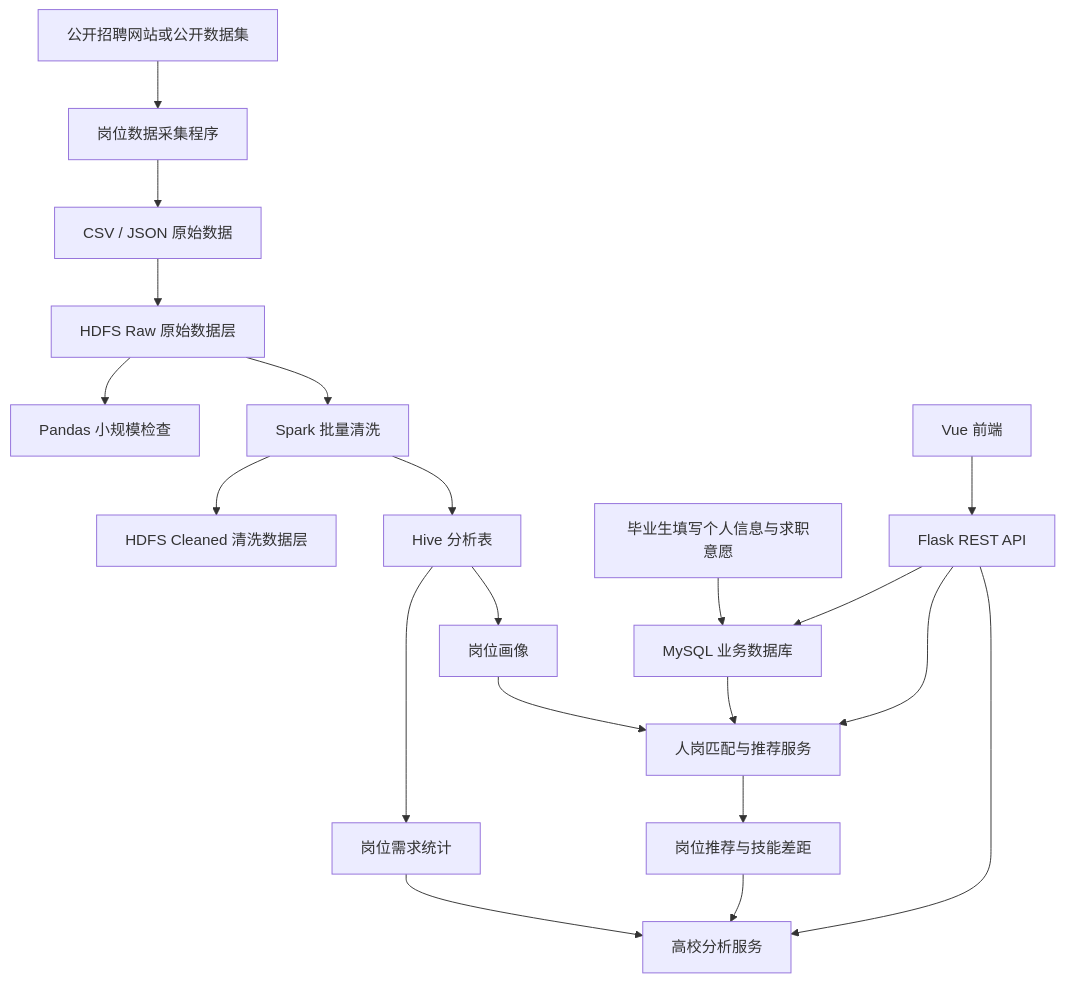
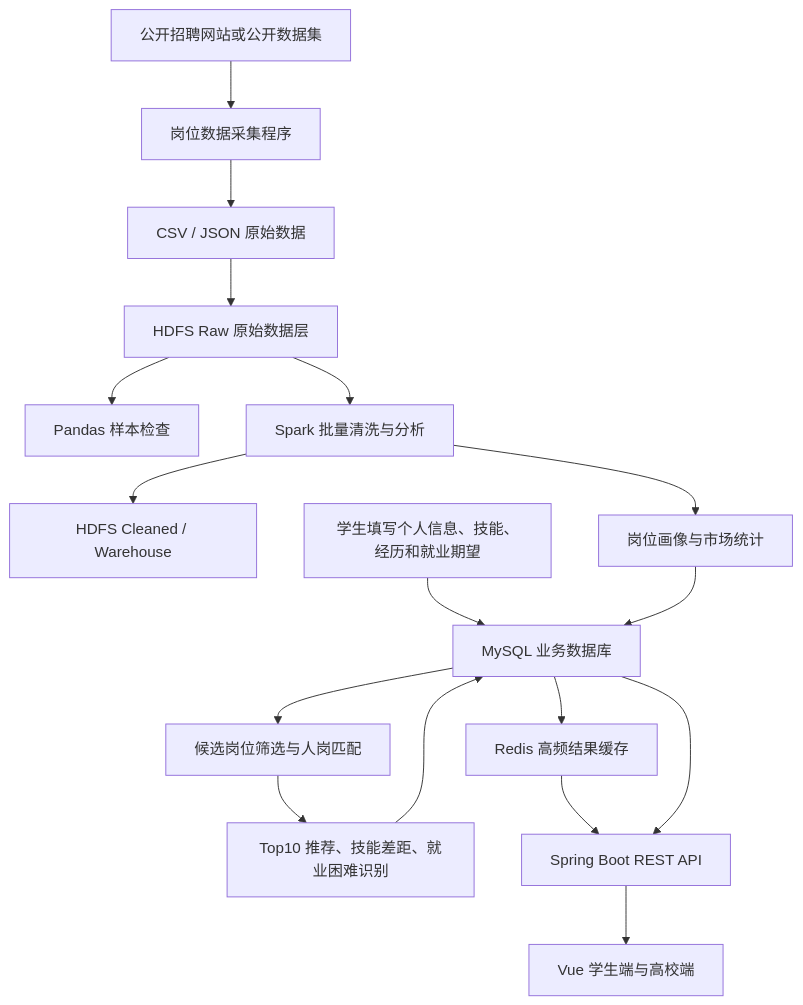
Before and after one commit to NIHILITY-cool/Spark-employment-platform: the first of 2 diagrams in plan.md, drawn with Mermaid. The commit also changed other lines of this file and 144 other files, not shown here.

````diff
--- a/plan.md
+++ b/plan.md
@@ -47,22 +58,22 @@
 ```mermaid
 flowchart TD
     A[公开招聘网站或公开数据集] --> B[岗位数据采集程序]
     B --> C[CSV / JSON 原始数据]
     C --> D[HDFS Raw 原始数据层]
-    D --> E[Pandas 小规模检查]
-    D --> F[Spark 批量清洗]
-    F --> G[HDFS Cleaned 清洗数据层]
-    F --> H[Hive 分析表]
-    H --> I[岗位需求统计]
-    H --> J[岗位画像]
-    K[毕业生填写个人信息与求职意愿] --> L[MySQL 业务数据库]
-    J --> M[人岗匹配与推荐服务]
-    L --> M
-    M --> N[岗位推荐与技能差距]
-    I --> O[高校分析服务]
-    N --> O
-    P[Vue 前端] --> Q[Flask REST API]
-    Q --> L
-    Q --> M
-    Q --> O
+    D --> E[Pandas 样本检查]
+    D --> F[Spark 批量清洗与分析]
+    F --> G[HDFS Cleaned / Warehouse]
+    F --> H[岗位画像与市场统计]
+
+    I[学生填写个人信息、技能、经历和就业期望] --> J[MySQL 业务数据库]
+    H --> J
+
+    J --> K[候选岗位筛选与人岗匹配]
+    K --> L[Top10 推荐、技能差距、就业困难识别]
+    L --> J
+
+    J --> M[Redis 高频结果缓存]
+    M --> N[Spring Boot REST API]
+    J --> N
+    N --> O[Vue 学生端与高校端]
 ```
````
